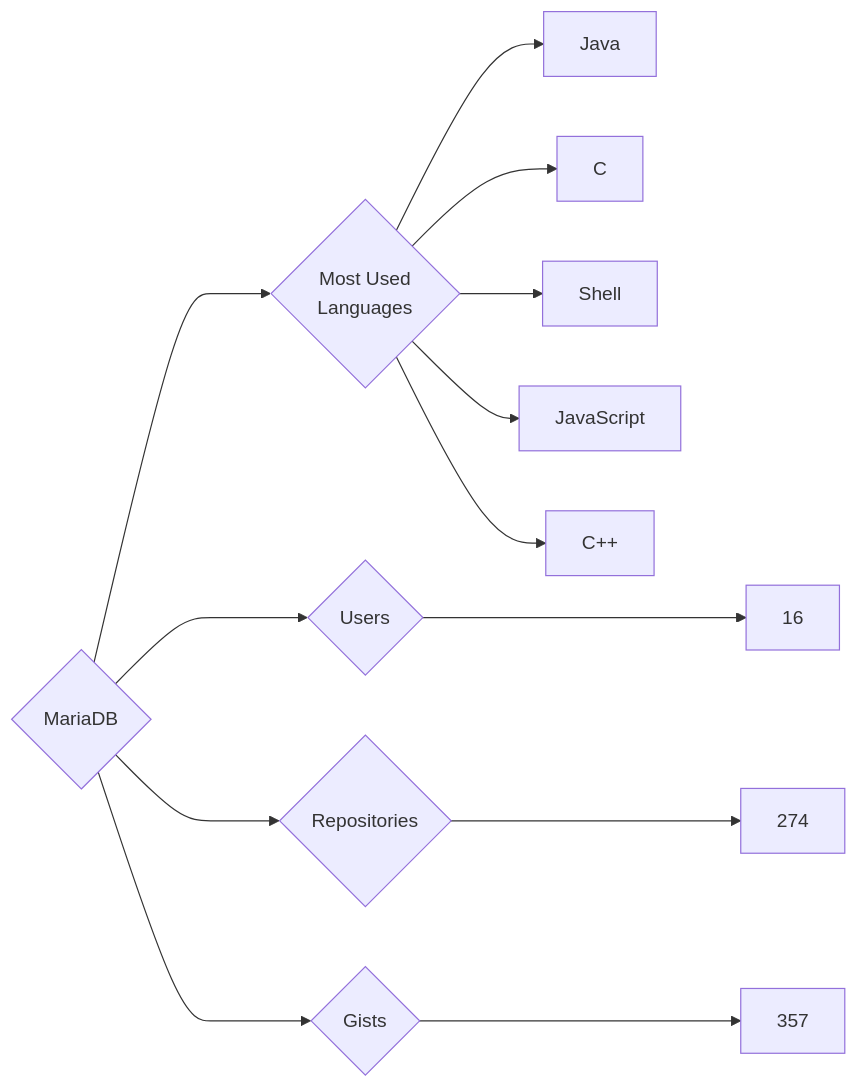
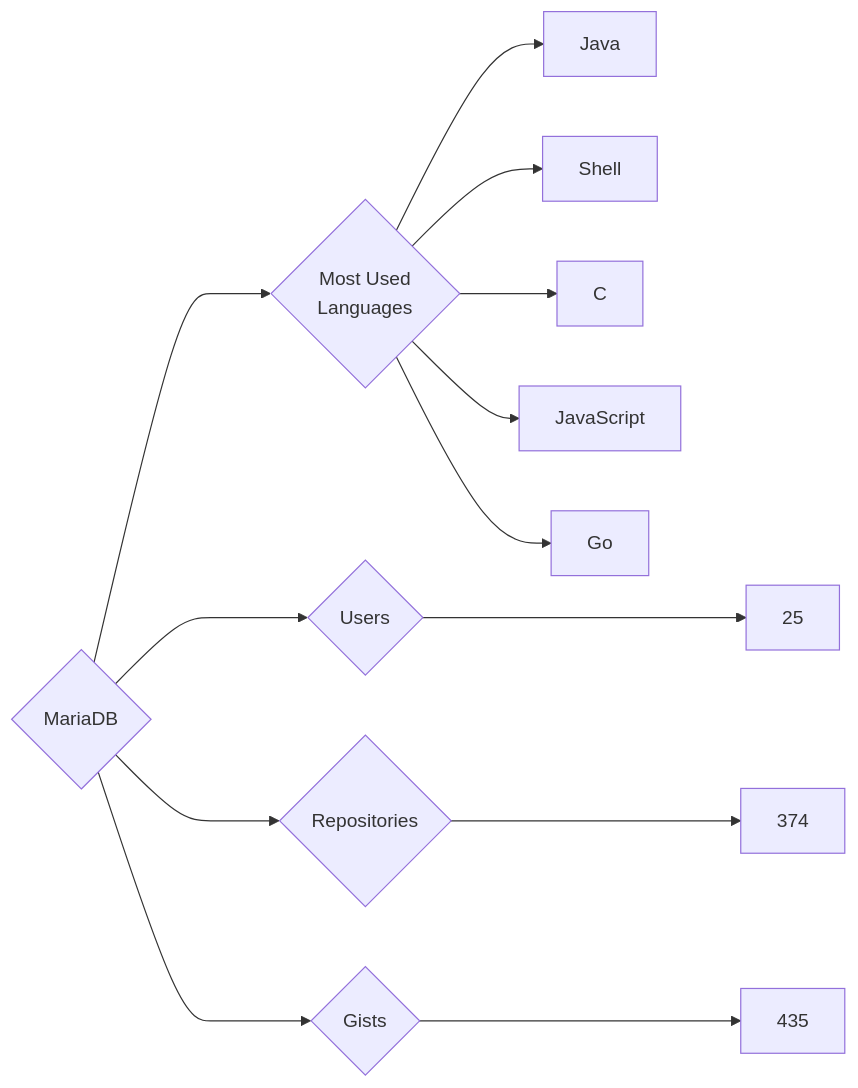
The diagram in targets/MariaDB/README.md (trickest/insiders), drawn with Mermaid before and after one commit. The commit also changed 787 other files, not shown here.

````diff
--- a/targets/MariaDB/README.md
+++ b/targets/MariaDB/README.md
@@ -3,13 +3,13 @@
 ```mermaid
 graph LR
 COMPANY_NAME{MariaDB}
-COMPANY_NAME ---> U{Users} ---> UN[16]
-COMPANY_NAME ---> R{Repositories} ---> RN[274]
-COMPANY_NAME ---> G{Gists} ---> GN[357]
+COMPANY_NAME ---> U{Users} ---> UN[25]
+COMPANY_NAME ---> R{Repositories} ---> RN[374]
+COMPANY_NAME ---> G{Gists} ---> GN[435]
 COMPANY_NAME ---> ML{Most Used<br>Languages}
 ML --> Java[Java]
+ML --> Shell[Shell]
 ML --> C[C]
-ML --> Shell[Shell]
 ML --> JavaScript[JavaScript]
-ML --> C++[C++]
+ML --> Go[Go]
 ```
````
